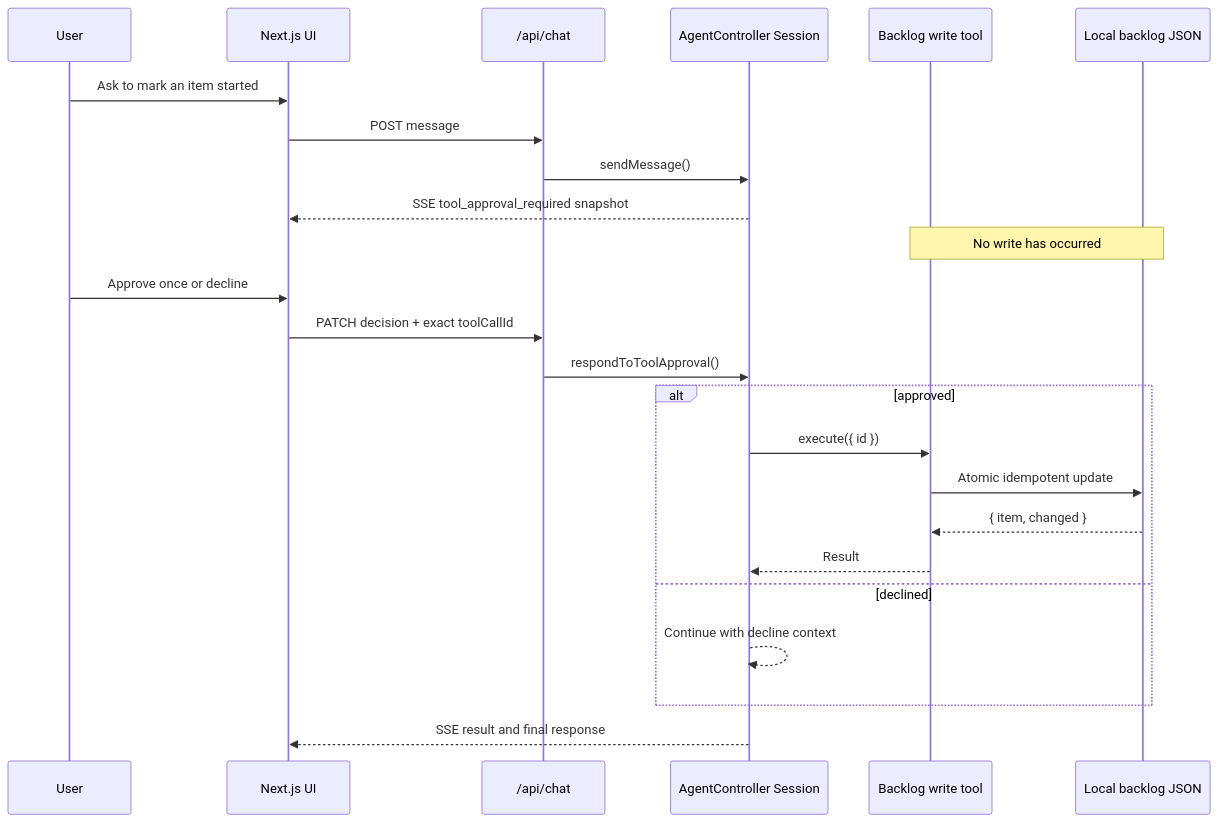
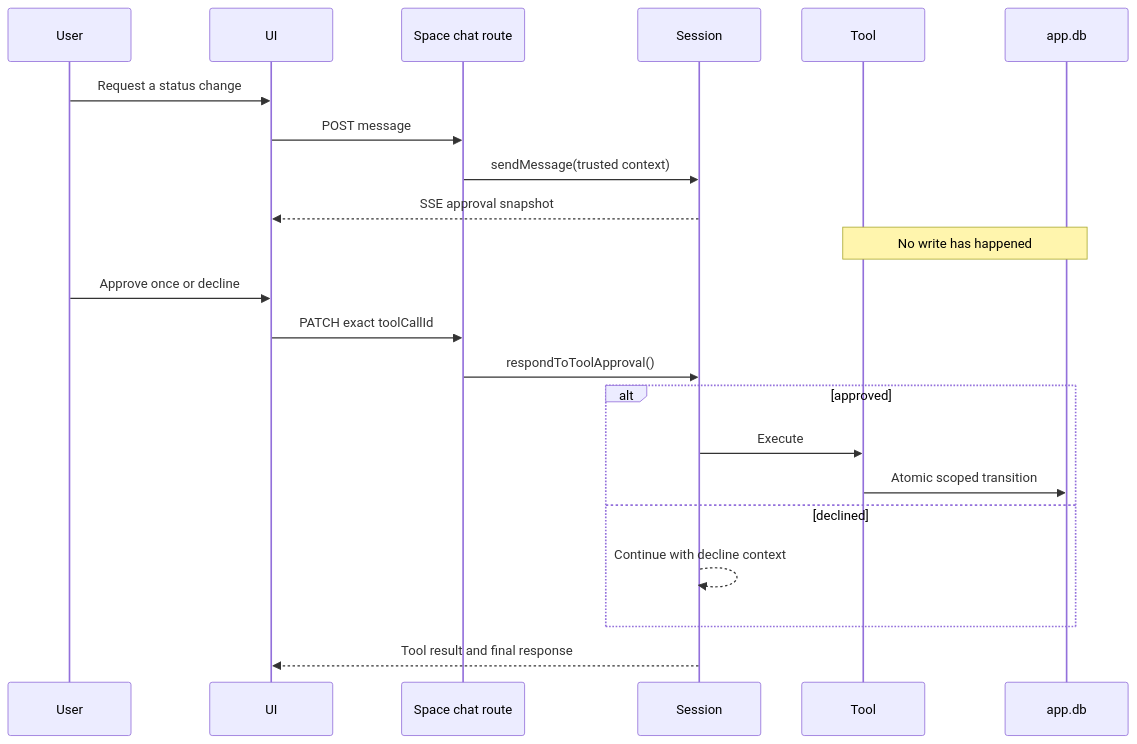
The second of 2 diagrams in README.md (eyablonowitz/mastra-learning), drawn with Mermaid before and after one commit. The commit also changed other lines of this file and 42 other files, not shown here.

````diff
--- a/README.md
+++ b/README.md
@@ -146,27 +134,25 @@
 ```mermaid
 sequenceDiagram
     participant User
-    participant UI as Next.js UI
-    participant Route as /api/chat
-    participant Session as AgentController Session
-    participant Tool as Backlog write tool
-    participant File as Local backlog JSON
+    participant UI
+    participant Route as Space chat route
+    participant Session
+    participant Tool
+    participant AppDB as app.db
 
-    User->>UI: Ask to mark an item started
+    User->>UI: Request a status change
     UI->>Route: POST message
-    Route->>Session: sendMessage()
-    Session-->>UI: SSE tool_approval_required snapshot
-    Note over Tool,File: No write has occurred
+    Route->>Session: sendMessage(trusted context)
+    Session-->>UI: SSE approval snapshot
+    Note over Tool,AppDB: No write has happened
     User->>UI: Approve once or decline
-    UI->>Route: PATCH decision + exact toolCallId
+    UI->>Route: PATCH exact toolCallId
     Route->>Session: respondToToolApproval()
     alt approved
-        Session->>Tool: execute({ id })
-        Tool->>File: Atomic idempotent update
-        File-->>Tool: { item, changed }
-        Tool-->>Session: Result
+        Session->>Tool: Execute
+        Tool->>AppDB: Atomic scoped transition
     else declined
         Session-->>Session: Continue with decline context
     end
-    Session-->>UI: SSE result and final response
+    Session-->>UI: Tool result and final response
 ```
````
